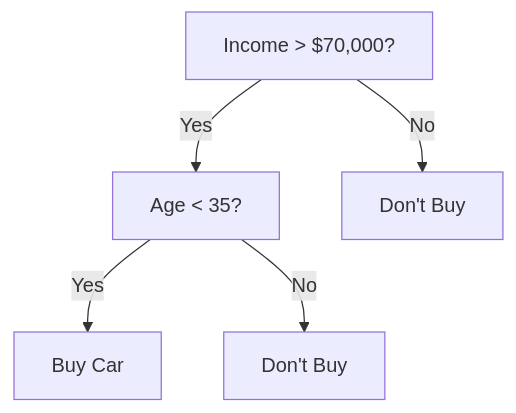
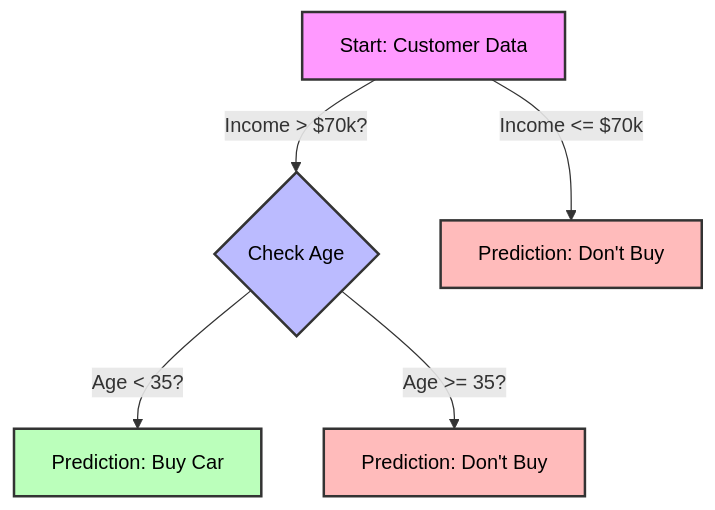
One commit to harshitha-8/Tech-Demystified changed the first of 3 diagrams in articles/006-decision-trees.md. Above: the diagram before and after it, drawn with Mermaid. The commit also changed other lines of this file, not shown here.

Commit message:
Enhance diagrams in 006-decision-trees.md

````diff
--- a/articles/006-decision-trees.md
+++ b/articles/006-decision-trees.md
@@ -16,7 +16,13 @@
 ```mermaid
 graph TD
-    A[Income > $70,000?] -->|Yes| B[Age < 35?]
-    A -->|No| C[Don't Buy]
-    B -->|Yes| D[Buy Car]
-    B -->|No| E[Don't Buy]
+    A[Start: Customer Data] -->|Income > $70k?| B{Check Age}
+    A -->|Income <= $70k| C[Prediction: Don't Buy]
+    B -->|Age < 35?| D[Prediction: Buy Car]
+    B -->|Age >= 35?| E[Prediction: Don't Buy]
+    
+    style A fill:#f9f,stroke:#333,stroke-width:2px,color:black
+    style B fill:#bbf,stroke:#333,stroke-width:2px,color:black
+    style C fill:#fbb,stroke:#333,stroke-width:2px,color:black
+    style D fill:#bfb,stroke:#333,stroke-width:2px,color:black
+    style E fill:#fbb,stroke:#333,stroke-width:2px,color:black
 ```
````
